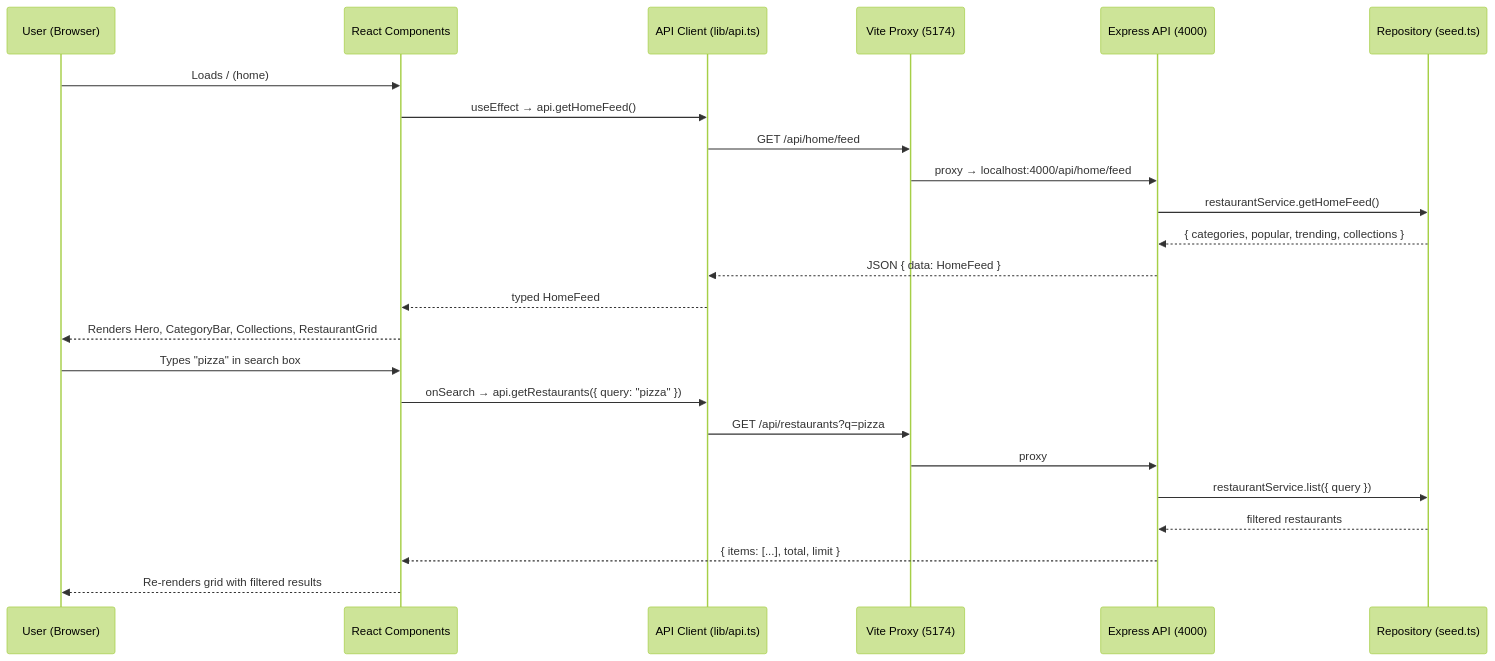
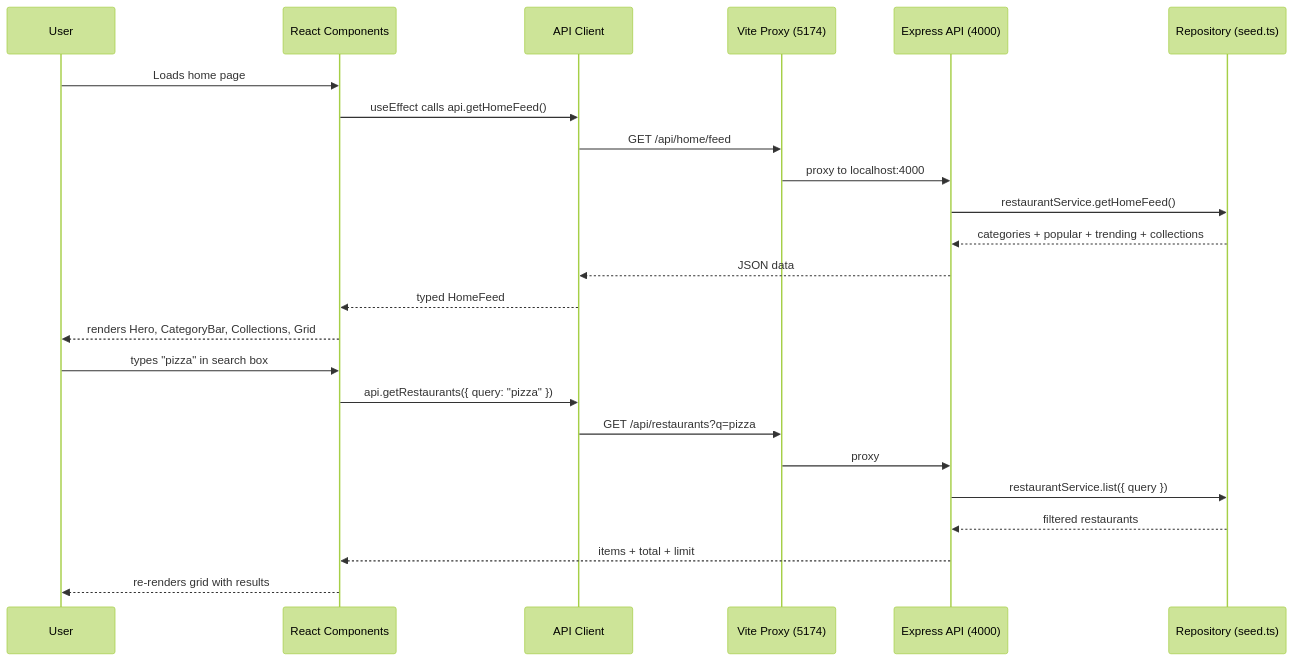
The third of 8 diagrams in README.md (RajdeepDevelopment/zomato-clone), drawn with Mermaid (forest theme) before and after one commit. The commit also changed other lines of this file, not shown here.

Commit message:
docs: fix mermaid syntax for GitHub rendering + center screenshots

````diff
--- a/README.md
+++ b/README.md
@@ -113,28 +114,28 @@
 ```mermaid
 sequenceDiagram
-    participant U as User (Browser)
+    participant U as User
     participant F as React Components
-    participant A as API Client (lib/api.ts)
+    participant A as API Client
     participant V as Vite Proxy (5174)
     participant B as Express API (4000)
     participant R as Repository (seed.ts)
 
-    U->>F: Loads / (home)
-    F->>A: useEffect → api.getHomeFeed()
+    U->>F: Loads home page
+    F->>A: useEffect calls api.getHomeFeed()
     A->>V: GET /api/home/feed
-    V->>B: proxy → localhost:4000/api/home/feed
+    V->>B: proxy to localhost:4000
     B->>R: restaurantService.getHomeFeed()
-    R-->>B: { categories, popular, trending, collections }
-    B-->>A: JSON { data: HomeFeed }
+    R-->>B: categories + popular + trending + collections
+    B-->>A: JSON data
     A-->>F: typed HomeFeed
-    F-->>U: Renders Hero, CategoryBar, Collections, RestaurantGrid
+    F-->>U: renders Hero, CategoryBar, Collections, Grid
 
-    U->>F: Types "pizza" in search box
-    F->>A: onSearch → api.getRestaurants({ query: "pizza" })
+    U->>F: types "pizza" in search box
+    F->>A: api.getRestaurants({ query: "pizza" })
     A->>V: GET /api/restaurants?q=pizza
     V->>B: proxy
     B->>R: restaurantService.list({ query })
     R-->>B: filtered restaurants
-    B-->>F: { items: [...], total, limit }
-    F-->>U: Re-renders grid with filtered results
+    B-->>F: items + total + limit
+    F-->>U: re-renders grid with results
 ```
````
